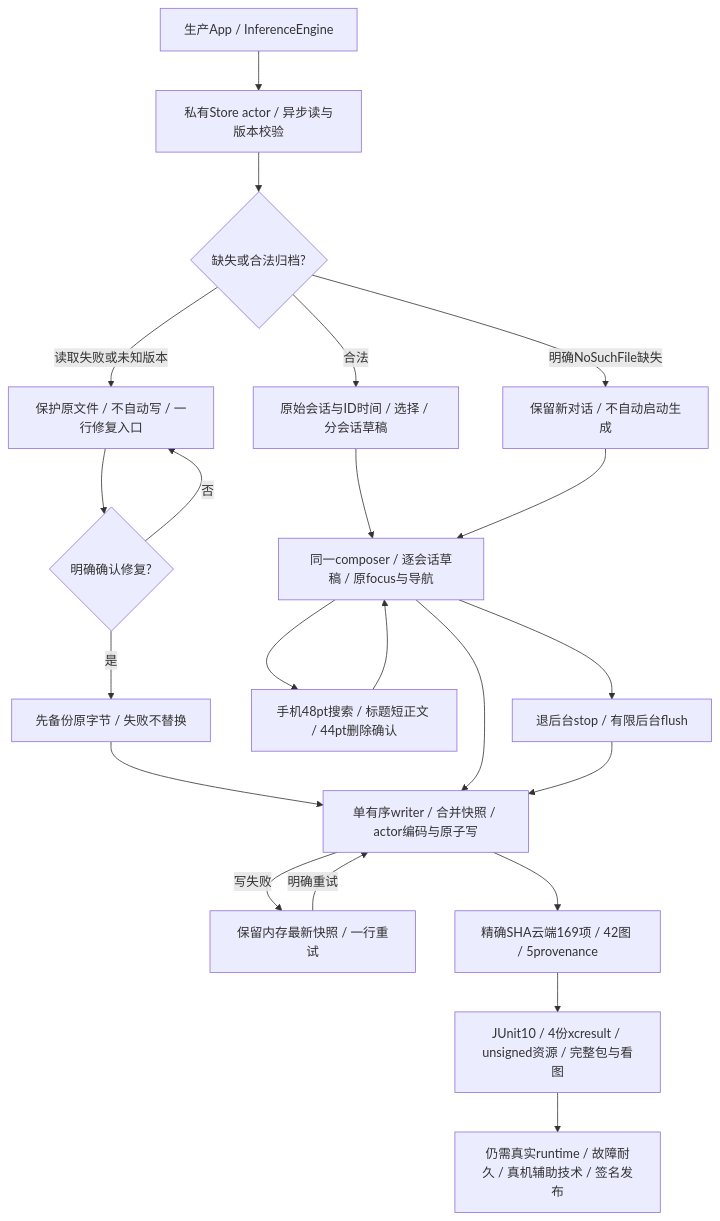
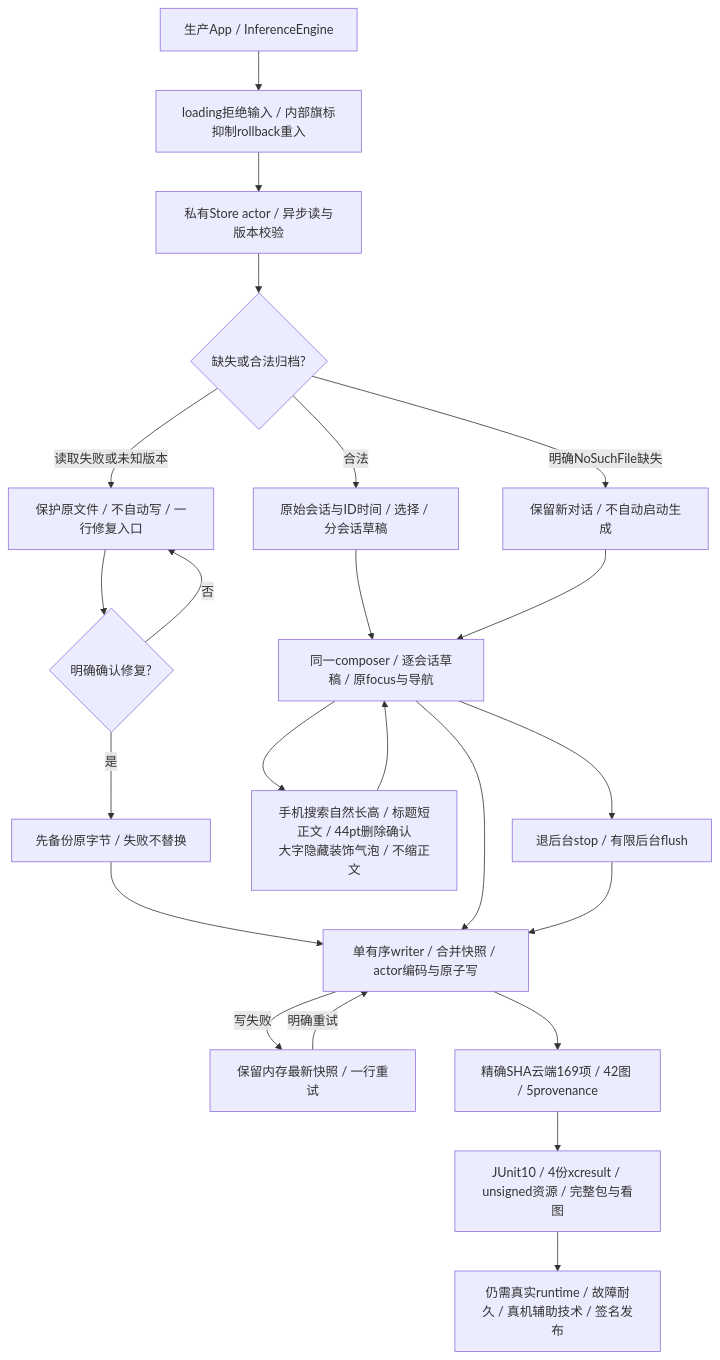
One commit to Altman-sam114/113 changed the first of 30 diagrams in md/flow/flowchart.md. Above: the diagram before and after it, drawn with Mermaid. The commit also changed other lines of this file and 10 other files, not shown here.

````diff
--- a/md/flow/flowchart.md
+++ b/md/flow/flowchart.md
@@ -7,26 +7,27 @@
 ```mermaid
 flowchart TD
     %% 生产显式注入，测试默认内存隔离
-    App[生产App / InferenceEngine] --> Load[私有Store actor / 异步读与版本校验]
+    App[生产App / InferenceEngine] --> Loading[loading拒绝输入 / 内部旗标抑制rollback重入]
+    Loading --> Load[私有Store actor / 异步读与版本校验]
     Load --> Valid{缺失或合法归档?}
     Valid -- 合法 --> Restore[原始会话与ID时间 / 选择 / 分会话草稿]
     Valid -- 明确NoSuchFile缺失 --> Seed[保留新对话 / 不自动启动生成]
     Valid -- 读取失败或未知版本 --> Protected[保护原文件 / 不自动写 / 一行修复入口]
     Protected --> Confirm{明确确认修复?}
     Confirm -- 否 --> Protected
     Confirm -- 是 --> Backup[先备份原字节 / 失败不替换]
     Backup --> Writer[单有序writer / 合并快照 / actor编码与原子写]
     Restore --> Edit[同一composer / 逐会话草稿 / 原focus与导航]
     Seed --> Edit
     Edit --> Writer
     Writer -- 写失败 --> Retry[保留内存最新快照 / 一行重试]
     Retry -- 明确重试 --> Writer
-    Edit --> History[手机48pt搜索 / 标题短正文 / 44pt删除确认]
+    Edit --> History[手机搜索自然长高 / 标题短正文 / 44pt删除确认<br/>大字隐藏装饰气泡 / 不缩正文]
     History --> Edit
     Edit --> Background[退后台stop / 有限后台flush]
     Background --> Writer
     %% 宿主图不是完整模拟器或真机证据
     Writer --> Cloud[精确SHA云端169项 / 42图 / 5provenance]
     Cloud --> Review[JUnit10 / 4份xcresult / unsigned资源 / 完整包与看图]
     Review --> Gates[仍需真实runtime / 故障耐久 / 真机辅助技术 / 签名发布]
 ```
````
